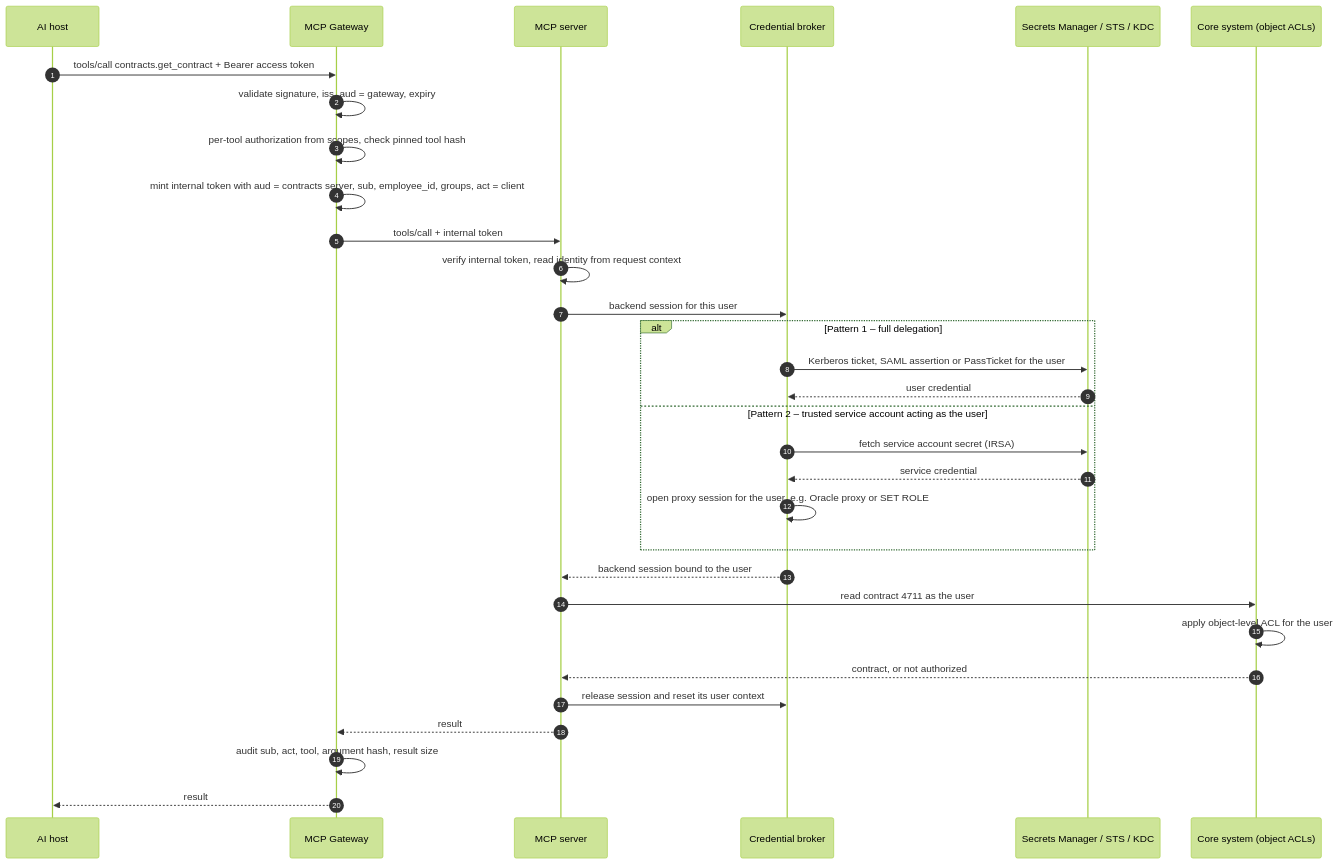
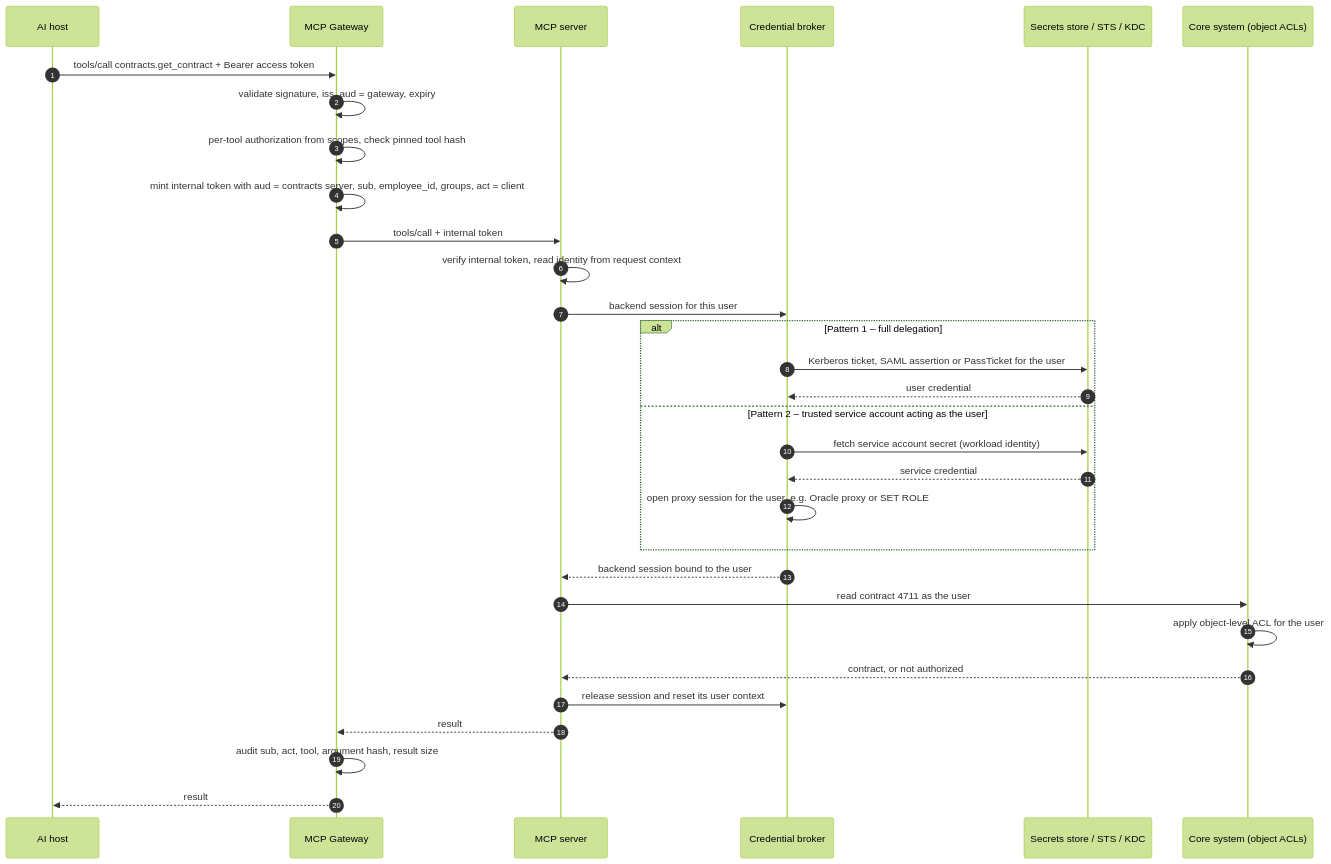
Before and after one commit to joshuamfrancis/Wikis: the third of 8 diagrams in ai/mcp-architecture/mcp-architecture.md, drawn with Mermaid (forest theme). The commit also changed other lines of this file and 1 other file, not shown here.

First line of the commit message:
Make MCP architecture cloud-agnostic, move CI/CD to GitLab, add JWT backend flow

````diff
--- a/ai/mcp-architecture/mcp-architecture.md
+++ b/ai/mcp-architecture/mcp-architecture.md
@@ -155,34 +179,34 @@
 ```mermaid
 sequenceDiagram
     autonumber
     participant H as AI host
     participant GW as MCP Gateway
     participant S as MCP server
     participant CB as Credential broker
-    participant SM as Secrets Manager / STS / KDC
+    participant SM as Secrets store / STS / KDC
     participant BE as Core system (object ACLs)
 
     H->>GW: tools/call contracts.get_contract + Bearer access token
     GW->>GW: validate signature, iss, aud = gateway, expiry
     GW->>GW: per-tool authorization from scopes, check pinned tool hash
     GW->>GW: mint internal token with aud = contracts server, sub, employee_id, groups, act = client
     GW->>S: tools/call + internal token
     S->>S: verify internal token, read identity from request context
     S->>CB: backend session for this user
     alt Pattern 1 – full delegation
         CB->>SM: Kerberos ticket, SAML assertion or PassTicket for the user
         SM-->>CB: user credential
     else Pattern 2 – trusted service account acting as the user
-        CB->>SM: fetch service account secret (IRSA)
+        CB->>SM: fetch service account secret (workload identity)
         SM-->>CB: service credential
         CB->>CB: open proxy session for the user, e.g. Oracle proxy or SET ROLE
     end
     CB-->>S: backend session bound to the user
     S->>BE: read contract 4711 as the user
     BE->>BE: apply object-level ACL for the user
     BE-->>S: contract, or not authorized
     S->>CB: release session and reset its user context
     S-->>GW: result
     GW->>GW: audit sub, act, tool, argument hash, result size
     GW-->>H: result
 ```
````
